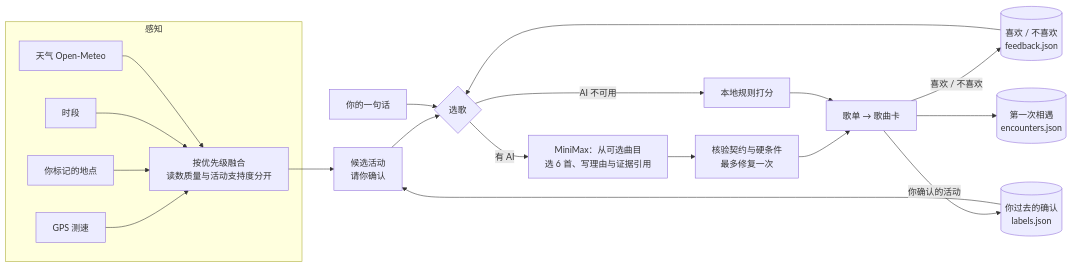
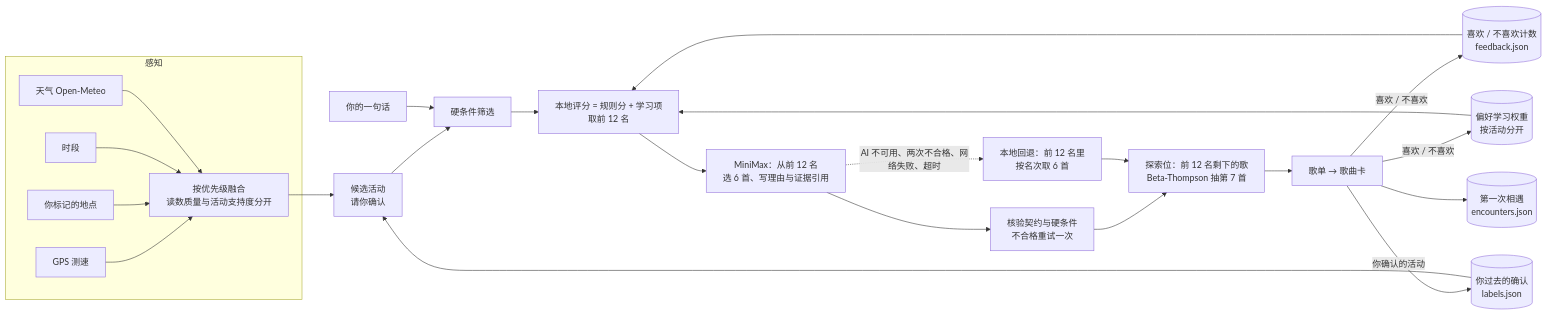
One commit to peterdlick-stack/agentic-app changed the second of 2 diagrams in README.md. Above: the diagram before and after it, drawn with Mermaid. The commit also changed other lines of this file, not shown here.

````diff
--- a/README.md
+++ b/README.md
@@ -248,21 +289,25 @@
 ```mermaid
 flowchart LR
   subgraph 感知
     G[GPS 测速] --> F
     P[你标记的地点] --> F
     T[时段] --> F
     W[天气 Open-Meteo] --> F
   end
   L[(你过去的确认<br/>labels.json)] --> C
   F[按优先级融合<br/>读数质量与活动支持度分开] --> C[候选活动<br/>请你确认]
-  C --> R{选歌}
-  U[你的一句话] --> R
-  B[(喜欢 / 不喜欢<br/>feedback.json)] --> R
-  R -->|有 AI| A[MiniMax：从可选曲目<br/>选 6 首、写理由与证据引用] --> V[核验契约与硬条件<br/>最多修复一次]
-  R -->|AI 不可用| N[本地规则打分]
-  V --> S[歌单 → 歌曲卡]
-  N --> S
+  C --> H[硬条件筛选]
+  U[你的一句话] --> H
+  H --> K[本地评分 = 规则分 + 学习项<br/>取前 12 名]
+  B[(喜欢 / 不喜欢计数<br/>feedback.json)] --> K
+  Q[(偏好学习权重<br/>按活动分开)] --> K
+  K --> A[MiniMax：从前 12 名<br/>选 6 首、写理由与证据引用] --> V[核验契约与硬条件<br/>不合格重试一次]
+  A -.->|AI 不可用、两次不合格、网络失败、超时| N[本地回退：前 12 名里<br/>按名次取 6 首]
+  V --> X[探索位：前 12 名剩下的歌<br/>Beta-Thompson 抽第 7 首]
+  N --> X
+  X --> S[歌单 → 歌曲卡]
   S -->|喜欢 / 不喜欢| B
+  S -->|喜欢 / 不喜欢| Q
   S -->|你确认的活动| L
   S --> E[(第一次相遇<br/>encounters.json)]
 ```
````
